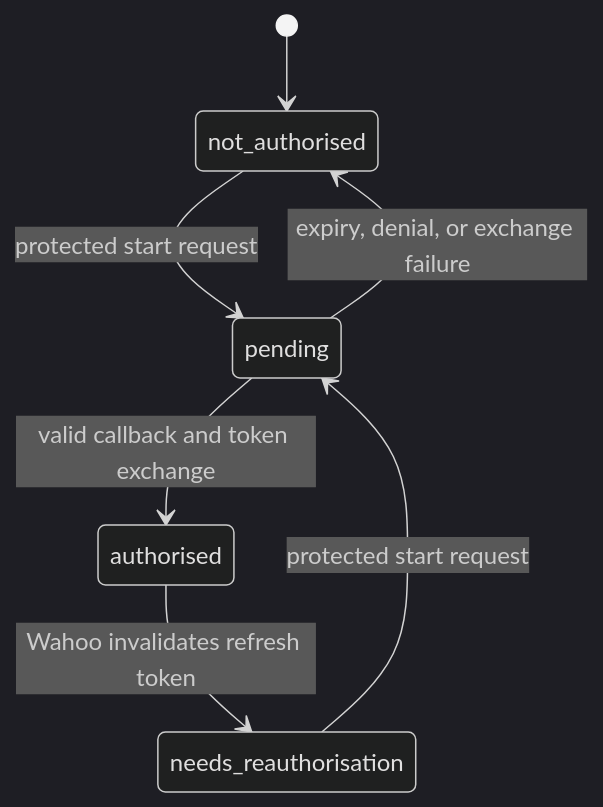
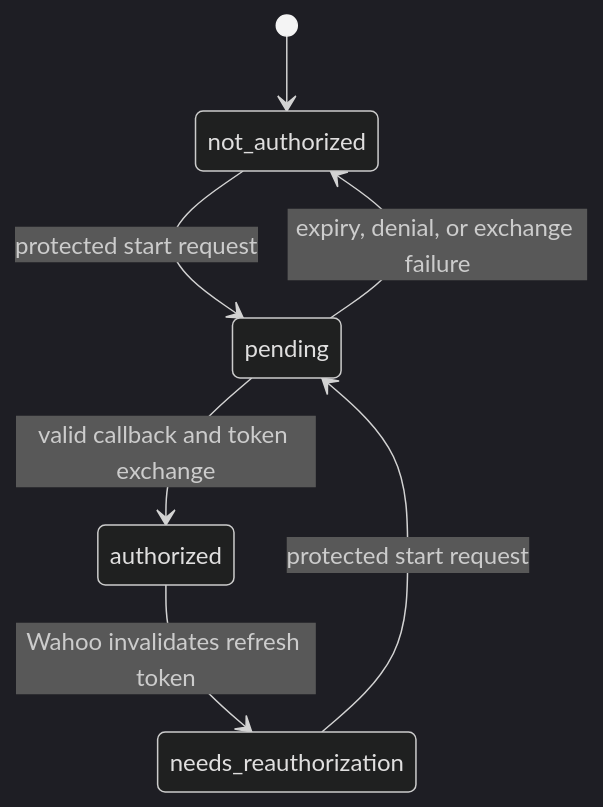
One commit to nobbs/domestique changed the first of 2 diagrams in docs/specs/sync-lifecycle.md. Above: the diagram before and after it, drawn with Mermaid (dark theme). The commit also changed other lines of this file and 22 other files, not shown here.

```diff
--- a/docs/specs/sync-lifecycle.md
+++ b/docs/specs/sync-lifecycle.md
@@ -96,9 +97,9 @@
 ~~~mermaid
 stateDiagram-v2
-    [*] --> not_authorised
-    not_authorised --> pending: protected start request
-    pending --> authorised: valid callback and token exchange
-    pending --> not_authorised: expiry, denial, or exchange failure
-    authorised --> needs_reauthorisation: Wahoo invalidates refresh token
-    needs_reauthorisation --> pending: protected start request
+    [*] --> not_authorized
+    not_authorized --> pending: protected start request
+    pending --> authorized: valid callback and token exchange
+    pending --> not_authorized: expiry, denial, or exchange failure
+    authorized --> needs_reauthorization: Wahoo invalidates refresh token
+    needs_reauthorization --> pending: protected start request
 ~~~
```
